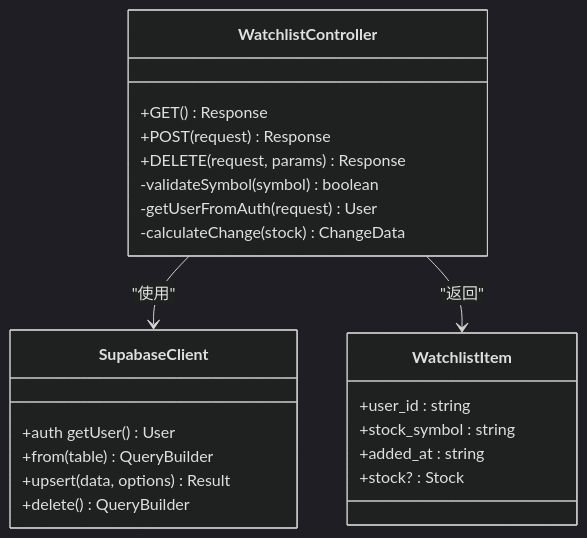
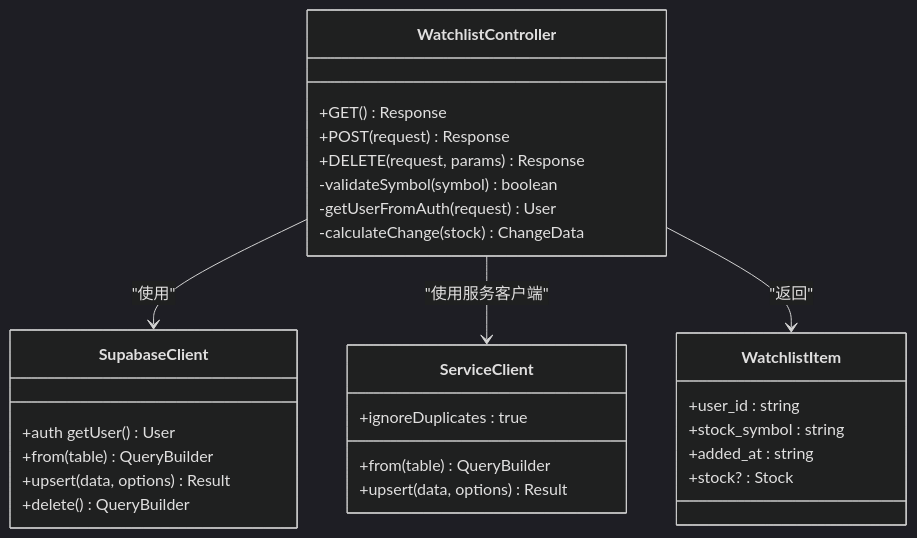
Before and after one commit to javalittleman1/virtual-stock-trading: the fourth of 12 diagrams in .qoder/repowiki/zh/content/API接口文档/自选股管理API.md, drawn with Mermaid (dark theme). The commit also changed other lines of this file and 7 other files, not shown here.

````diff
--- a/.qoder/repowiki/zh/content/API接口文档/自选股管理API.md
+++ b/.qoder/repowiki/zh/content/API接口文档/自选股管理API.md
@@ -243,25 +260,31 @@
 ```mermaid
 classDiagram
 class WatchlistController {
 +GET() Response
 +POST(request) Response
 +DELETE(request, params) Response
 -validateSymbol(symbol) boolean
 -getUserFromAuth(request) User
 -calculateChange(stock) ChangeData
 }
 class SupabaseClient {
 +auth getUser() User
 +from(table) QueryBuilder
 +upsert(data, options) Result
 +delete() QueryBuilder
 }
+class ServiceClient {
++from(table) QueryBuilder
++upsert(data, options) Result
++ignoreDuplicates : true
+}
 class WatchlistItem {
 +user_id : string
 +stock_symbol : string
 +added_at : string
 +stock? : Stock
 }
 WatchlistController --> SupabaseClient : "使用"
+WatchlistController --> ServiceClient : "使用服务客户端"
 WatchlistController --> WatchlistItem : "返回"
 ```
````
